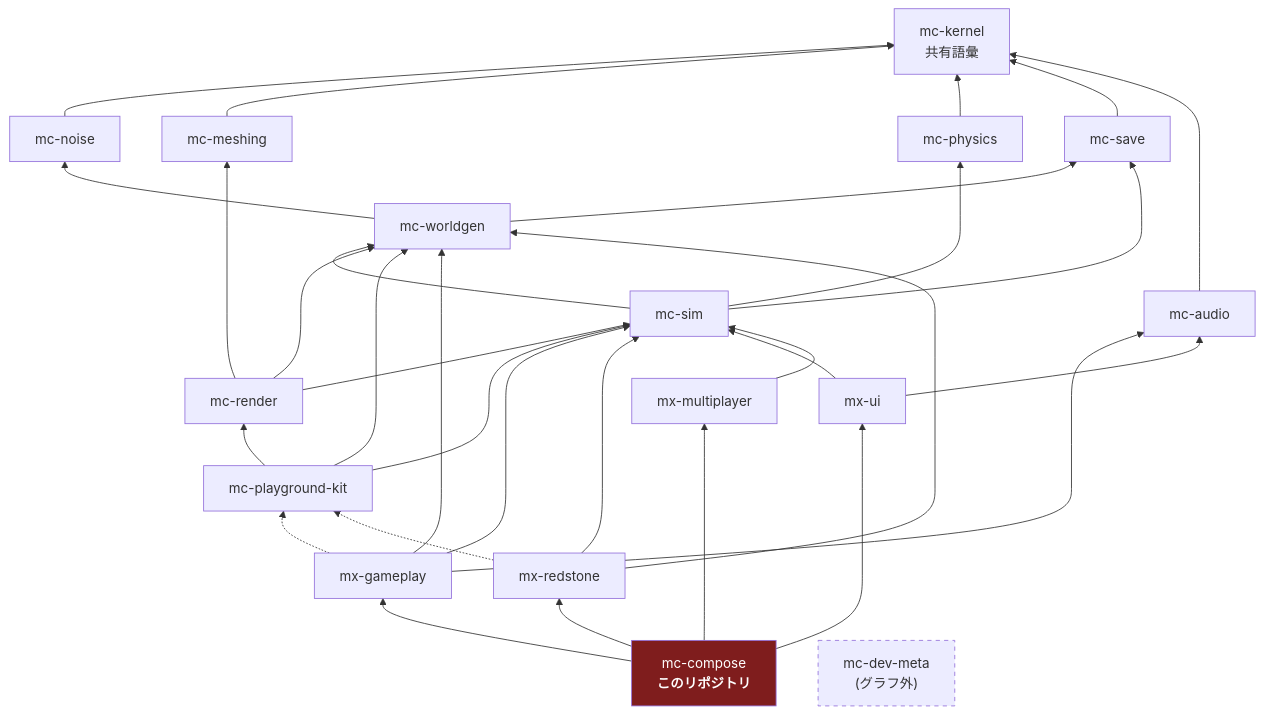
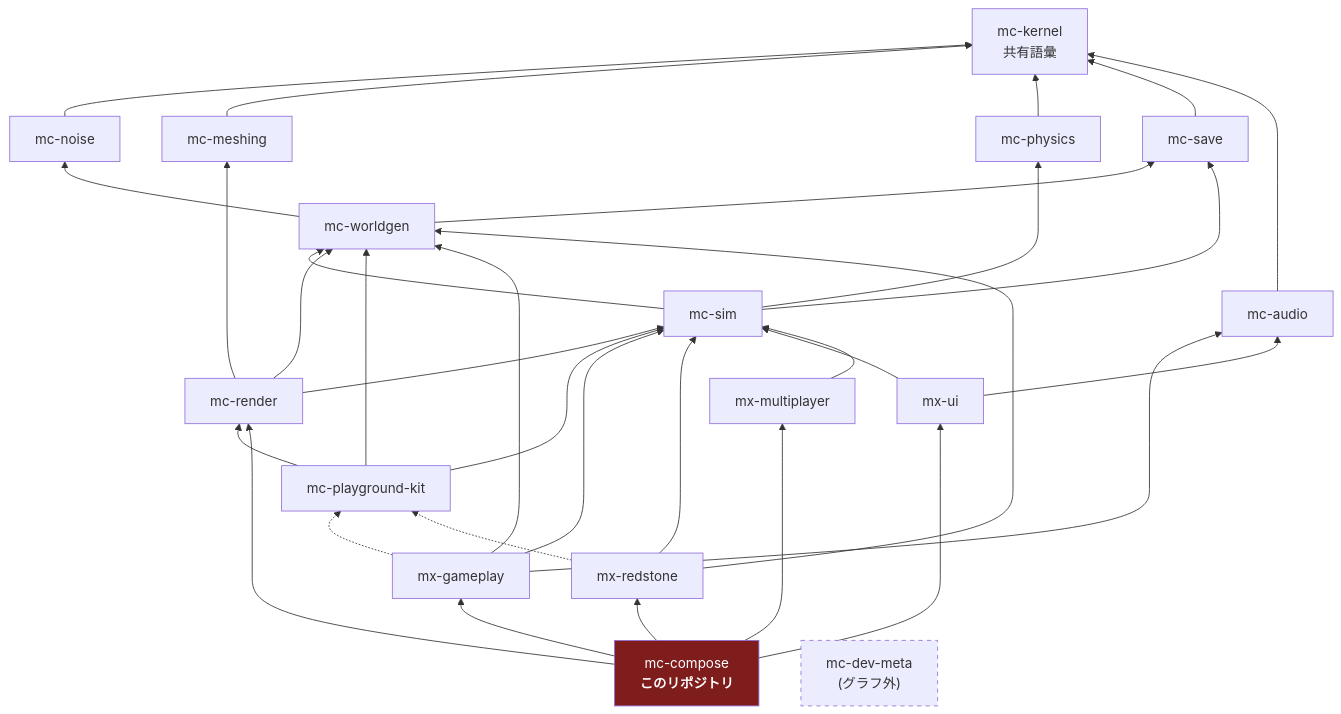
The diagram in docs/architecture.md (nerima-games/mc-compose), drawn with Mermaid before and after one commit. The commit also changed other lines of this file and 15 other files, not shown here.

````diff
--- a/docs/architecture.md
+++ b/docs/architecture.md
@@ -22,53 +22,54 @@
 ```mermaid
 graph BT
   kernel["mc-kernel<br/>共有語彙"]
   noise["mc-noise"]
   meshing["mc-meshing"]
   physics["mc-physics"]
   save["mc-save"]
   audio["mc-audio"]
   worldgen["mc-worldgen"]
   sim["mc-sim"]
   render["mc-render"]
   kit["mc-playground-kit"]
   gameplay["mx-gameplay"]
   redstone["mx-redstone"]
   ui["mx-ui"]
   multiplayer["mx-multiplayer"]
   compose["mc-compose<br/><b>このリポジトリ</b>"]
   devmeta["mc-dev-meta<br/>(グラフ外)"]
 
   noise --> kernel
   meshing --> kernel
   physics --> kernel
   save --> kernel
   audio --> kernel
   worldgen --> noise
   worldgen --> save
   sim --> physics
   sim --> save
   sim --> worldgen
   render --> meshing
   render --> sim
   render --> worldgen
   kit --> worldgen
   kit --> sim
   kit --> render
   gameplay --> sim
   gameplay --> worldgen
   gameplay --> audio
   gameplay -.-> kit
   redstone --> sim
   redstone --> worldgen
   redstone -.-> kit
   ui --> sim
   ui --> audio
   multiplayer --> sim
   compose --> gameplay
   compose --> redstone
   compose --> ui
   compose --> multiplayer
+  compose --> render
 
   style compose fill:#7f1d1d,color:#ffffff
   style devmeta stroke-dasharray: 5 5
 ```
````
